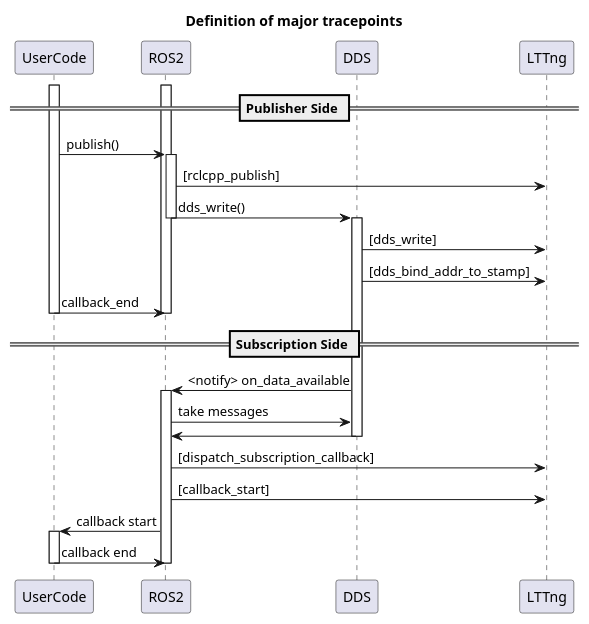
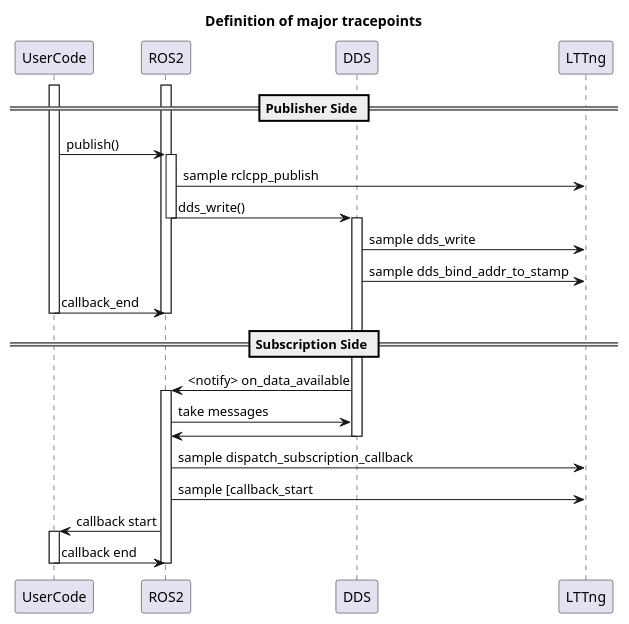
The second of 2 diagrams in docs/design/latency_definitions/communication.md (tier4/caret_doc), drawn with PlantUML before and after one commit. The commit also changed other lines of this file, not shown here.

````diff
--- a/docs/design/latency_definitions/communication.md
+++ b/docs/design/latency_definitions/communication.md
@@ -101,49 +87,49 @@
 ```plantuml
 @startuml
 title: Definition of major tracepoints
 
 participant UserCode
 participant ROS2
 participant DDS
 participant LTTng
 
 == Publisher Side ==
 
 
 activate ROS2
 activate UserCode
 UserCode -> ROS2: publish()
 activate ROS2
-ROS2 -> LTTng: [rclcpp_publish]
+ROS2 -> LTTng: sample rclcpp_publish
 
 
 ROS2 -> DDS: dds_write()
 deactivate ROS2
 activate DDS
-DDS -> LTTng: [dds_write]
-DDS -> LTTng: [dds_bind_addr_to_stamp]
+DDS -> LTTng: sample dds_write
+DDS -> LTTng: sample dds_bind_addr_to_stamp
 
 UserCode -> ROS2 : callback_end
 deactivate UserCode
 deactivate ROS2
 
 
 == Subscription Side ==
 
 
 DDS -> ROS2: <notify> on_data_available
 activate ROS2
 
 ROS2 -> DDS :  take messages
 DDS -> ROS2
 deactivate DDS
-ROS2 -> LTTng: [dispatch_subscription_callback]
-ROS2 -> LTTng: [callback_start]
+ROS2 -> LTTng: sample dispatch_subscription_callback
+ROS2 -> LTTng: sample [callback_start
 ROS2 -> UserCode: callback start
 activate UserCode
 UserCode -> ROS2: callback end
 deactivate UserCode
 
 deactivate ROS2
 @enduml
 ```
````
